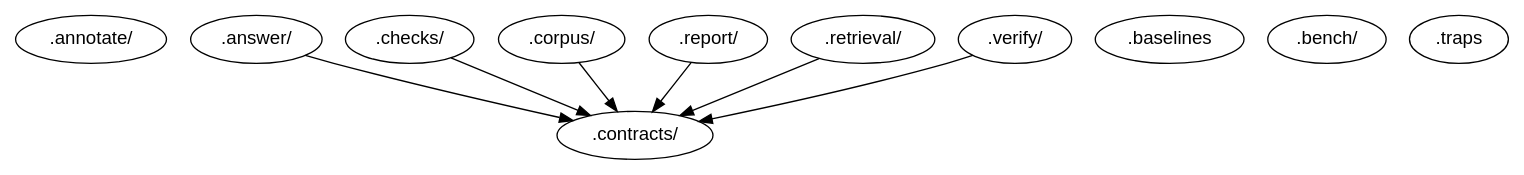
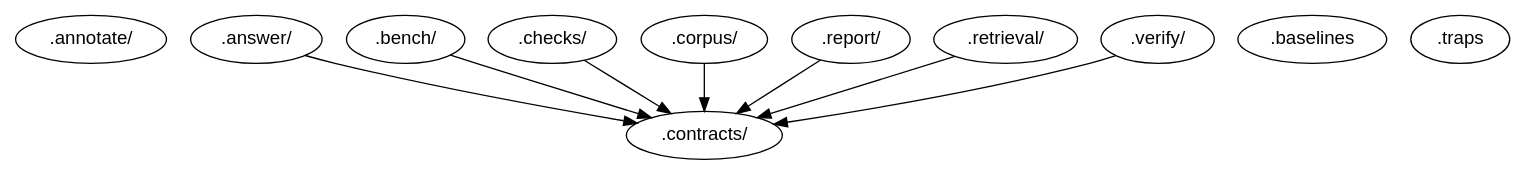
Before and after one commit to squliyev/bio-claim-check: the diagram in docs/architecture/features.dot, drawn with Graphviz. The commit also changed 16 other files, not shown here.

```diff
--- a/docs/architecture/features.dot
+++ b/docs/architecture/features.dot
@@ -1,20 +1,21 @@
 digraph {
     node [fontname=helvetica]
     ".annotate" [label=".annotate/"]
     ".answer" [label=".answer/"]
     ".baselines"
     ".bench" [label=".bench/"]
     ".checks" [label=".checks/"]
     ".contracts" [label=".contracts/"]
     ".corpus" [label=".corpus/"]
     ".report" [label=".report/"]
     ".retrieval" [label=".retrieval/"]
     ".traps"
     ".verify" [label=".verify/"]
     ".answer" ->  ".contracts"
+    ".bench" ->  ".contracts"
     ".checks" ->  ".contracts"
     ".corpus" ->  ".contracts"
     ".report" ->  ".contracts"
     ".retrieval" ->  ".contracts"
     ".verify" ->  ".contracts"
 }
```
